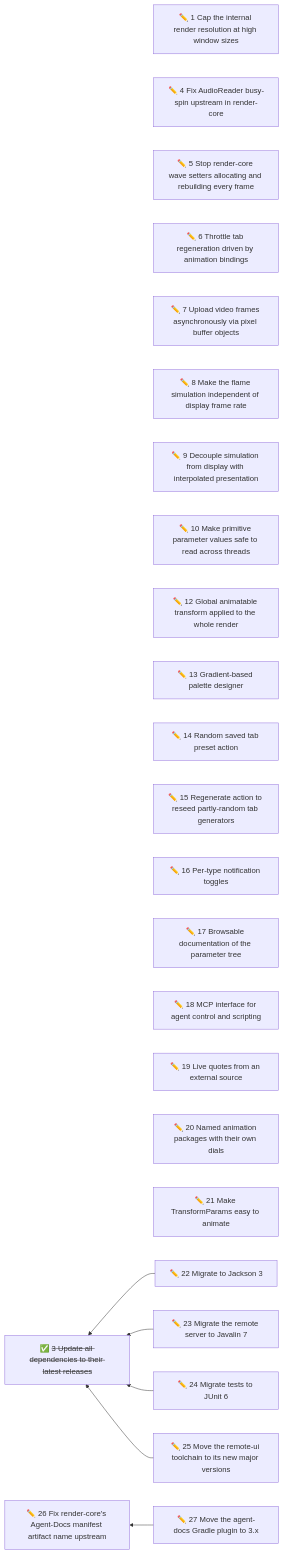
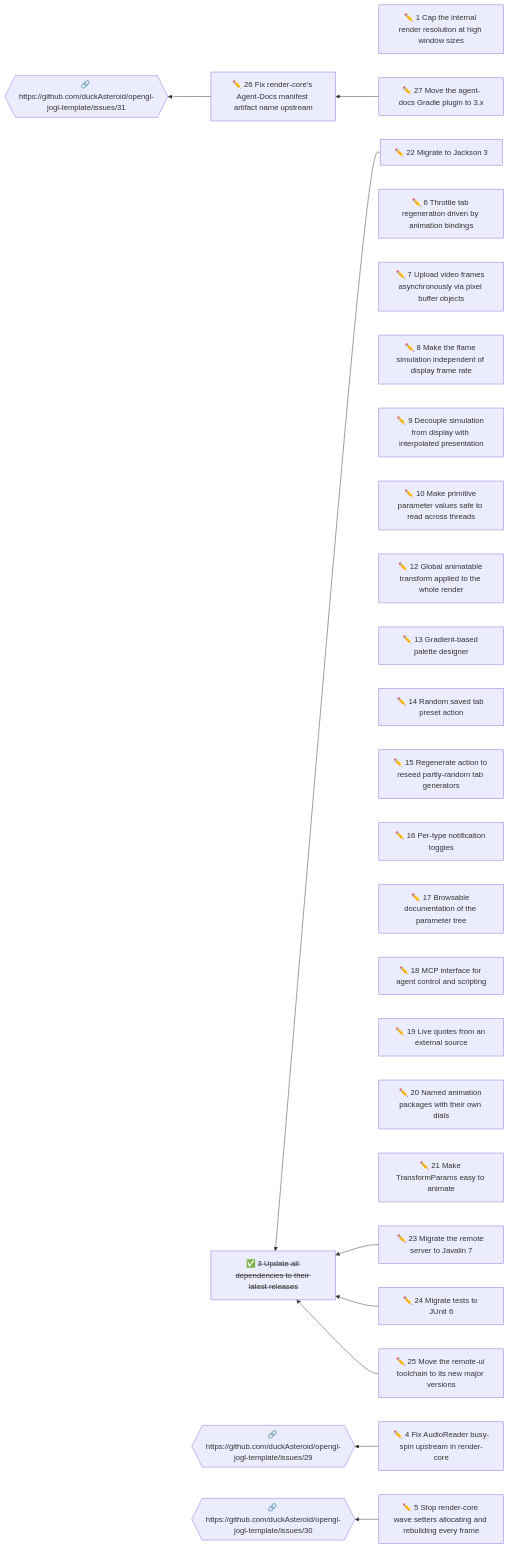
Before and after one commit to duckAsteroid/cthugha-reborn: the diagram in docs/initiatives/README.md, drawn with Mermaid. The commit also changed other lines of this file and 3 other files, not shown here.

````diff
--- a/docs/initiatives/README.md
+++ b/docs/initiatives/README.md
@@ -57,58 +57,67 @@
 ```mermaid
 flowchart RL
   n1["✏️ 1 Cap the internal render resolution at high window sizes"]
   n4["✏️ 4 Fix AudioReader busy-spin upstream in render-core"]
   n5["✏️ 5 Stop render-core wave setters allocating and rebuilding every frame"]
   n6["✏️ 6 Throttle tab regeneration driven by animation bindings"]
   n7["✏️ 7 Upload video frames asynchronously via pixel buffer objects"]
   n8["✏️ 8 Make the flame simulation independent of display frame rate"]
   n9["✏️ 9 Decouple simulation from display with interpolated presentation"]
   n10["✏️ 10 Make primitive parameter values safe to read across threads"]
   n12["✏️ 12 Global animatable transform applied to the whole render"]
   n13["✏️ 13 Gradient-based palette designer"]
   n14["✏️ 14 Random saved tab preset action"]
   n15["✏️ 15 Regenerate action to reseed partly-random tab generators"]
   n16["✏️ 16 Per-type notification toggles"]
   n17["✏️ 17 Browsable documentation of the parameter tree"]
   n18["✏️ 18 MCP interface for agent control and scripting"]
   n19["✏️ 19 Live quotes from an external source"]
   n20["✏️ 20 Named animation packages with their own dials"]
   n21["✏️ 21 Make TransformParams easy to animate"]
   n22["✏️ 22 Migrate to Jackson 3"]
   n23["✏️ 23 Migrate the remote server to Javalin 7"]
   n24["✏️ 24 Migrate tests to JUnit 6"]
   n25["✏️ 25 Move the remote-ui toolchain to its new major versions"]
   n26["✏️ 26 Fix render-core's Agent-Docs manifest artifact name upstream"]
   n27["✏️ 27 Move the agent-docs Gradle plugin to 3.x"]
   n3["✅ <s>3 Update all dependencies to their latest releases</s>"]
+  x1{{"🔗 https://github.com/duckAsteroid/opengl-jogl-template/issues/29"}}
+  x2{{"🔗 https://github.com/duckAsteroid/opengl-jogl-template/issues/30"}}
+  x3{{"🔗 https://github.com/duckAsteroid/opengl-jogl-template/issues/31"}}
+  n4 --> x1
+  n5 --> x2
   n22 --> n3
   n23 --> n3
   n24 --> n3
   n25 --> n3
+  n26 --> x3
   n27 --> n26
   click n1 href "01-cap-the-internal-render-resolution-at-high-window-sizes.md"
   click n4 href "04-fix-audioreader-busy-spin-upstream-in-render-core.md"
   click n5 href "05-stop-render-core-wave-setters-allocating-and-rebuilding-ever.md"
   click n6 href "06-throttle-tab-regeneration-driven-by-animation-bindings.md"
   click n7 href "07-upload-video-frames-asynchronously-via-pixel-buffer-objects.md"
   click n8 href "08-make-the-flame-simulation-independent-of-display-frame-rate.md"
   click n9 href "09-decouple-simulation-from-display-with-interpolated-presentat.md"
   click n10 href "10-make-primitive-parameter-values-safe-to-read-across-threads.md"
   click n12 href "12-global-animatable-transform-applied-to-the-whole-render.md"
   click n13 href "13-gradient-based-palette-designer.md"
   click n14 href "14-random-saved-tab-preset-action.md"
   click n15 href "15-regenerate-action-to-reseed-partly-random-tab-generators.md"
   click n16 href "16-per-type-notification-toggles.md"
   click n17 href "17-browsable-documentation-of-the-parameter-tree.md"
   click n18 href "18-mcp-interface-for-agent-control-and-scripting.md"
   click n19 href "19-live-quotes-from-an-external-source.md"
   click n20 href "20-named-animation-packages-with-their-own-dials.md"
   click n21 href "21-make-transformparams-easy-to-animate.md"
   click n22 href "22-migrate-to-jackson-3.md"
   click n23 href "23-migrate-the-remote-server-to-javalin-7.md"
   click n24 href "24-migrate-tests-to-junit-6.md"
   click n25 href "25-move-the-remote-ui-toolchain-to-its-new-major-versions.md"
   click n26 href "26-fix-render-core-s-agent-docs-manifest-artifact-name-upstream.md"
   click n27 href "27-move-the-agent-docs-gradle-plugin-to-3-x.md"
   click n3 href "03-update-all-dependencies-to-their-latest-releases.md"
+  click x1 href "https://github.com/duckAsteroid/opengl-jogl-template/issues/29"
+  click x2 href "https://github.com/duckAsteroid/opengl-jogl-template/issues/30"
+  click x3 href "https://github.com/duckAsteroid/opengl-jogl-template/issues/31"
 ```
````
